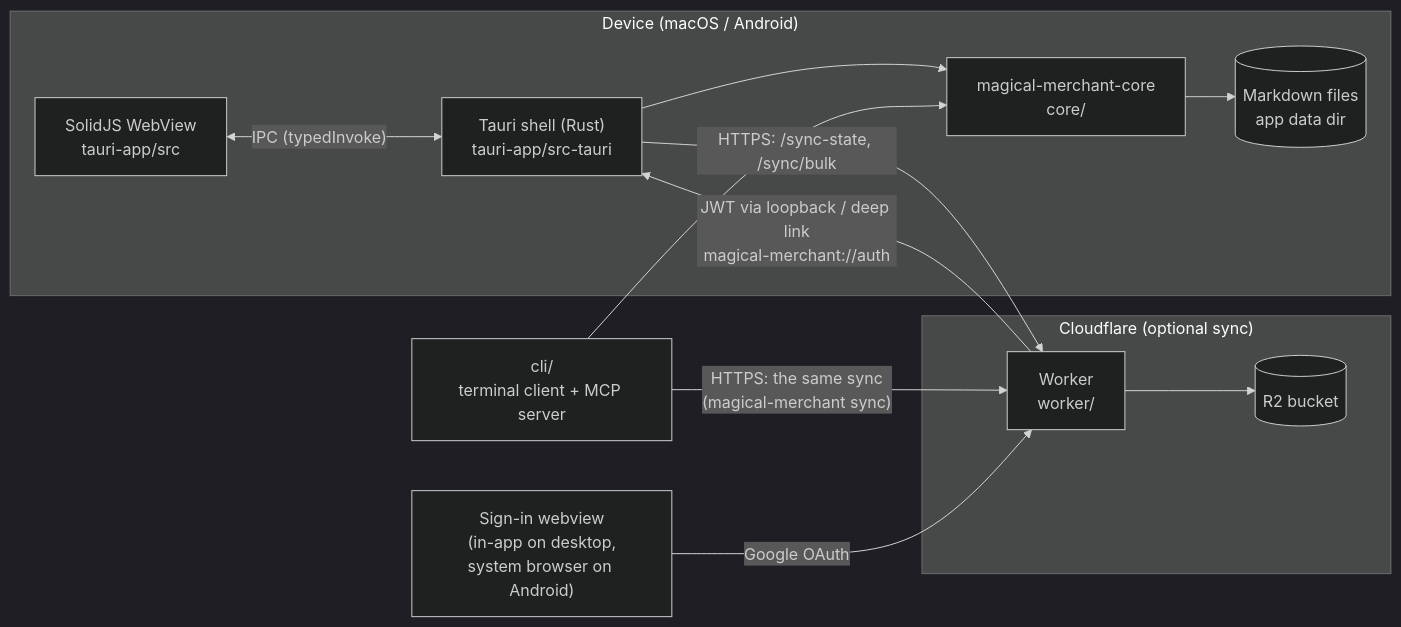
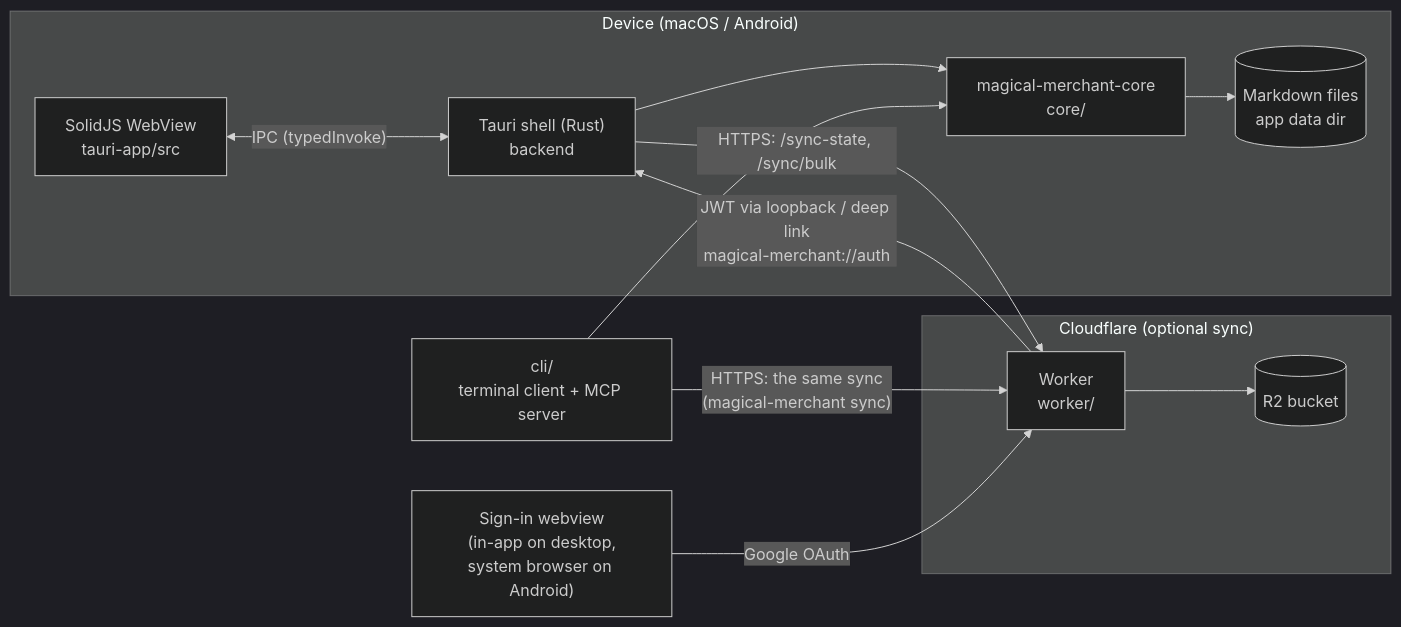
Before and after one commit to Xantibody/magical-merchant: the first of 3 diagrams in docs/introduction.md, drawn with Mermaid (dark theme). The commit also changed other lines of this file and 84 other files, not shown here.

````diff
--- a/docs/introduction.md
+++ b/docs/introduction.md
@@ -14,25 +14,25 @@
 ```mermaid
 flowchart LR
     subgraph Device["Device (macOS / Android)"]
         UI["SolidJS WebView<br/>tauri-app/src"]
-        Shell["Tauri shell (Rust)<br/>tauri-app/src-tauri"]
+        Shell["Tauri shell (Rust)<br/>backend"]
         Core["magical-merchant-core<br/>core/"]
         Files[("Markdown files<br/>app data dir")]
         UI <-- "IPC (typedInvoke)" --> Shell
         Shell --> Core
         Core --> Files
     end
 
     CLI["cli/<br/>terminal client + MCP server"] --> Core
 
     subgraph Cloud["Cloudflare (optional sync)"]
         Worker["Worker<br/>worker/"]
         R2[("R2 bucket")]
         Worker --> R2
     end
 
     Shell -- "HTTPS: /sync-state, /sync/bulk" --> Worker
     CLI -- "HTTPS: the same sync<br/>(magical-merchant sync)" --> Worker
     Login["Sign-in webview<br/>(in-app on desktop,<br/>system browser on Android)"] -- "Google OAuth" --> Worker
     Worker -- "JWT via loopback / deep link<br/>magical-merchant://auth" --> Shell
 ```
````
